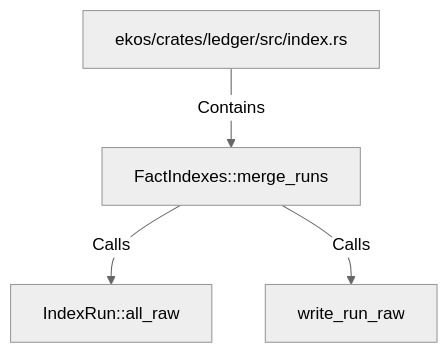
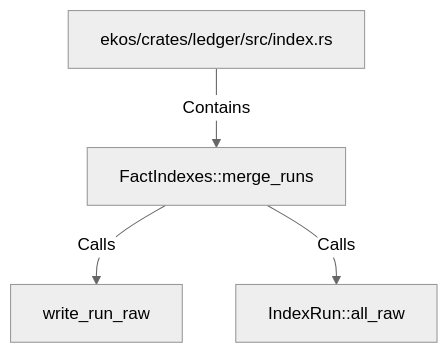
The diagram in doc/entities/rustsymbol/fa/factindexes-merge-runs.md (alexeyban/EKOS), drawn with Mermaid (neutral theme) before and after one commit. The commit also changed other lines of this file and 552 other files, not shown here.

````diff
--- a/doc/entities/rustsymbol/fa/factindexes-merge-runs.md
+++ b/doc/entities/rustsymbol/fa/factindexes-merge-runs.md
@@ -22,10 +22,10 @@
 ```mermaid
 graph TD
     n7656c624f7b253e89af8faafa094666c["FactIndexes::merge_runs"]
     na43fa3872cac5166bfc2ae4c965fc2ac["ekos/crates/ledger/src/index.rs"]
     na43fa3872cac5166bfc2ae4c965fc2ac -->|Contains| n7656c624f7b253e89af8faafa094666c
+    nbe4b7353317e58f9a870099ca471e2d5["write_run_raw"]
+    n7656c624f7b253e89af8faafa094666c -->|Calls| nbe4b7353317e58f9a870099ca471e2d5
     nb5bb159806cb5273b6b4ea02baf2112a["IndexRun::all_raw"]
     n7656c624f7b253e89af8faafa094666c -->|Calls| nb5bb159806cb5273b6b4ea02baf2112a
-    nbe4b7353317e58f9a870099ca471e2d5["write_run_raw"]
-    n7656c624f7b253e89af8faafa094666c -->|Calls| nbe4b7353317e58f9a870099ca471e2d5
 ```
````
